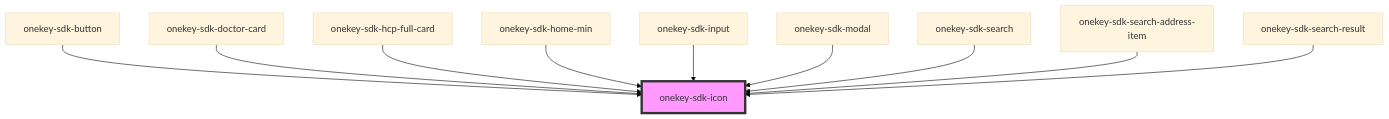
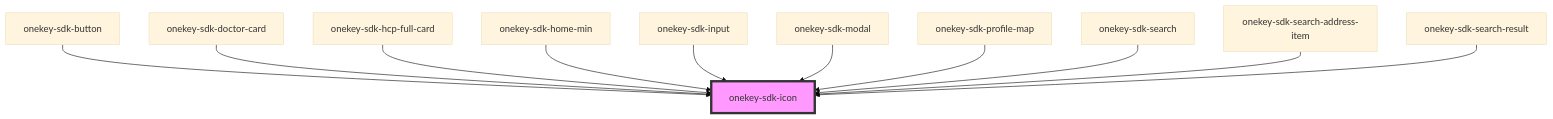
The diagram in packages/onekey-sdk-web-ui/docs/components/ui-kits/onekey-sdk-icon/readme.md (hcl-sdk/HealthCareLocatorWebSDK), drawn with Mermaid (base theme) before and after one commit. The commit also changed other lines of this file and 3 other files, not shown here.

````diff
--- a/packages/onekey-sdk-web-ui/docs/components/ui-kits/onekey-sdk-icon/readme.md
+++ b/packages/onekey-sdk-web-ui/docs/components/ui-kits/onekey-sdk-icon/readme.md
@@ -34,13 +35,14 @@
 ```mermaid
 graph TD;
   onekey-sdk-button --> onekey-sdk-icon
   onekey-sdk-doctor-card --> onekey-sdk-icon
   onekey-sdk-hcp-full-card --> onekey-sdk-icon
   onekey-sdk-home-min --> onekey-sdk-icon
   onekey-sdk-input --> onekey-sdk-icon
   onekey-sdk-modal --> onekey-sdk-icon
+  onekey-sdk-profile-map --> onekey-sdk-icon
   onekey-sdk-search --> onekey-sdk-icon
   onekey-sdk-search-address-item --> onekey-sdk-icon
   onekey-sdk-search-result --> onekey-sdk-icon
   style onekey-sdk-icon fill:#f9f,stroke:#333,stroke-width:4px
 ```
````
